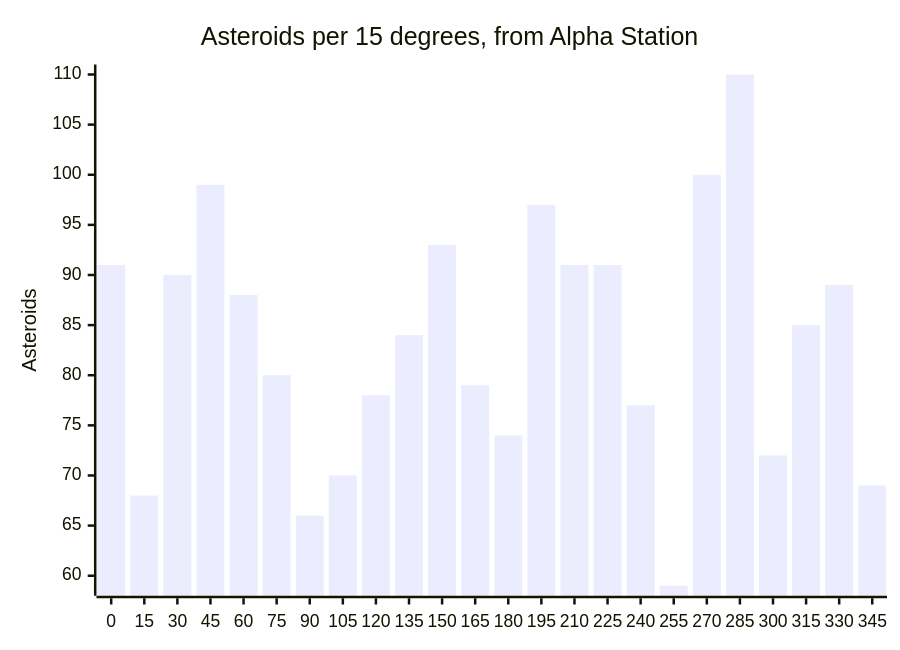
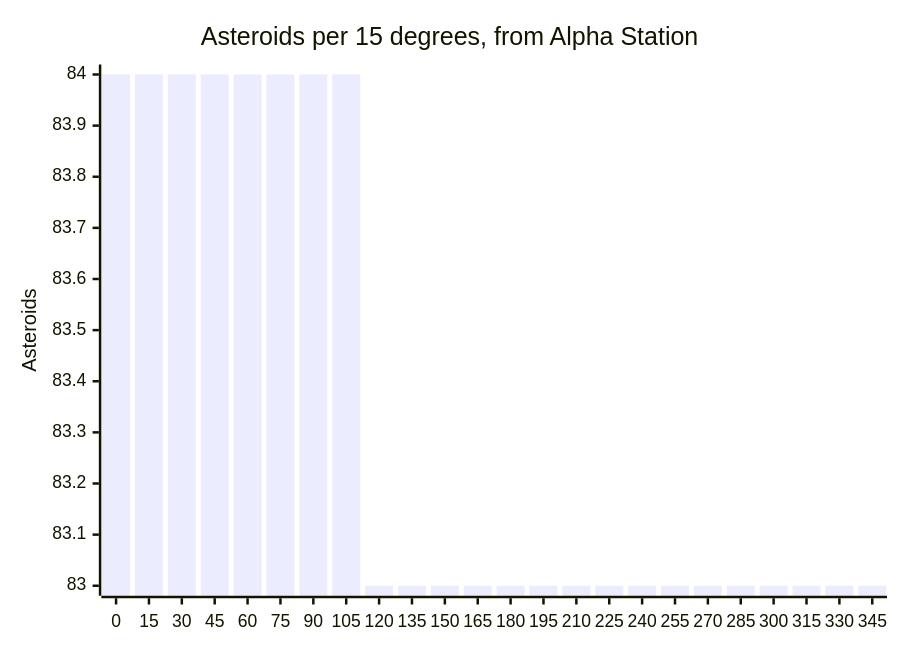
One commit to CometWorks/worlds changed the fourth of 4 diagrams in octahedron/ORES.md. Above: the diagram before and after it, drawn with Mermaid. The commit also changed other lines of this file and 2005 other files, not shown here.

````diff
--- a/octahedron/ORES.md
+++ b/octahedron/ORES.md
@@ -135,7 +135,7 @@
 ```mermaid
 xychart-beta
     title "Asteroids per 15 degrees, from Alpha Station"
     x-axis ["0", "15", "30", "45", "60", "75", "90", "105", "120", "135", "150", "165", "180", "195", "210", "225", "240", "255", "270", "285", "300", "315", "330", "345"]
     y-axis "Asteroids"
-    bar [91, 68, 90, 99, 88, 80, 66, 70, 78, 84, 93, 79, 74, 97, 91, 91, 77, 59, 100, 110, 72, 85, 89, 69]
+    bar [84, 84, 84, 84, 84, 84, 84, 84, 83, 83, 83, 83, 83, 83, 83, 83, 83, 83, 83, 83, 83, 83, 83, 83]
 ```
````
